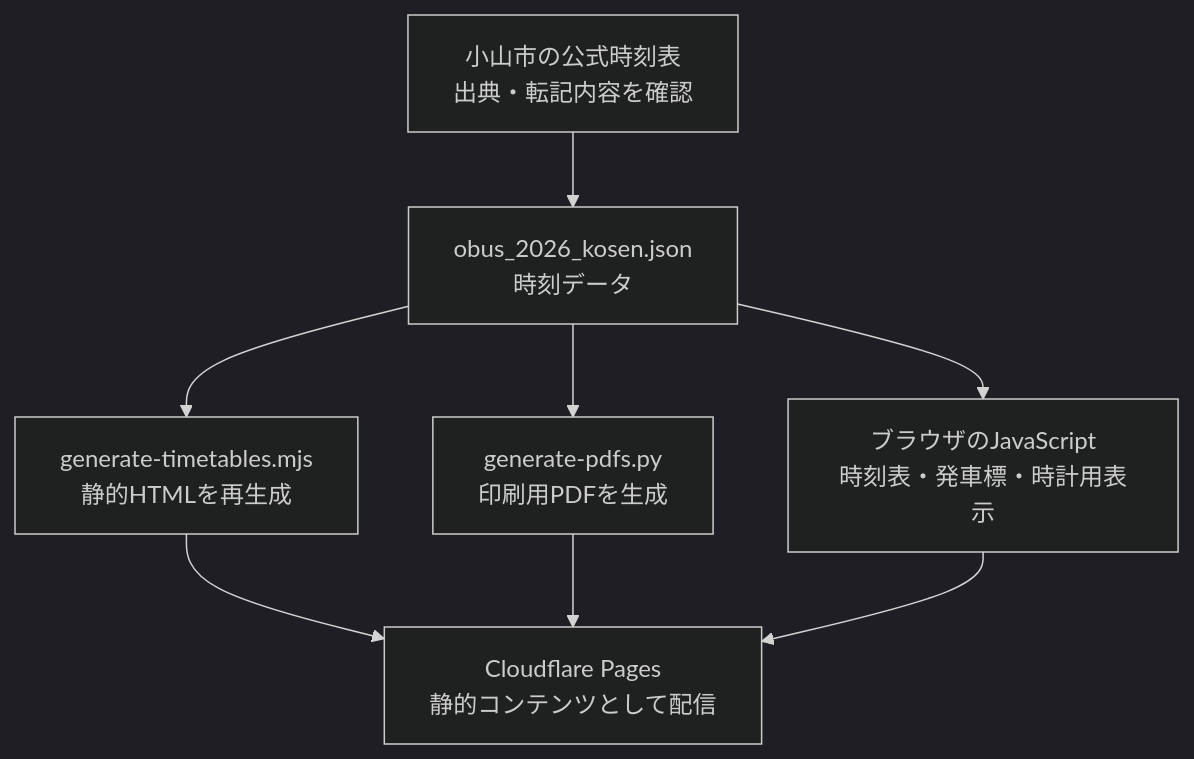
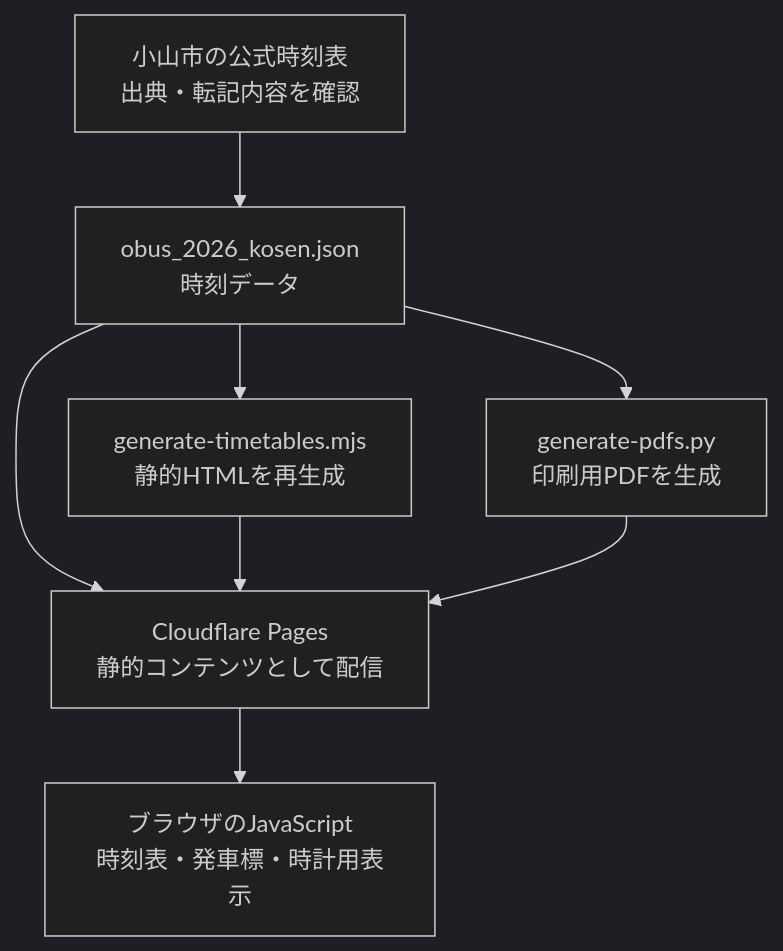
One commit to Tikurin43016/obus-timetable changed the diagram in docs/architecture.md. Above: the diagram before and after it, drawn with Mermaid (dark theme).

Commit message:
docs: clarify browser delivery in architecture diagram

````diff
--- a/docs/architecture.md
+++ b/docs/architecture.md
@@ -9,10 +9,10 @@
 ```mermaid
 flowchart TD
     A["小山市の公式時刻表<br/>出典・転記内容を確認"] --> B["obus_2026_kosen.json<br/>時刻データ"]
     B --> C["generate-timetables.mjs<br/>静的HTMLを再生成"]
     B --> D["generate-pdfs.py<br/>印刷用PDFを生成"]
-    B --> E["ブラウザのJavaScript<br/>時刻表・発車標・時計用表示"]
-    C --> F["Cloudflare Pages<br/>静的コンテンツとして配信"]
+    B --> F["Cloudflare Pages<br/>静的コンテンツとして配信"]
+    C --> F
     D --> F
-    E --> F
+    F --> E["ブラウザのJavaScript<br/>時刻表・発車標・時計用表示"]
 ```
````
